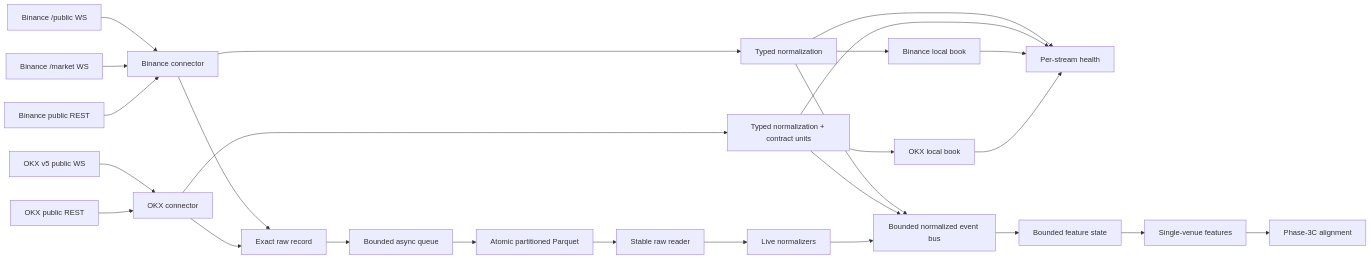
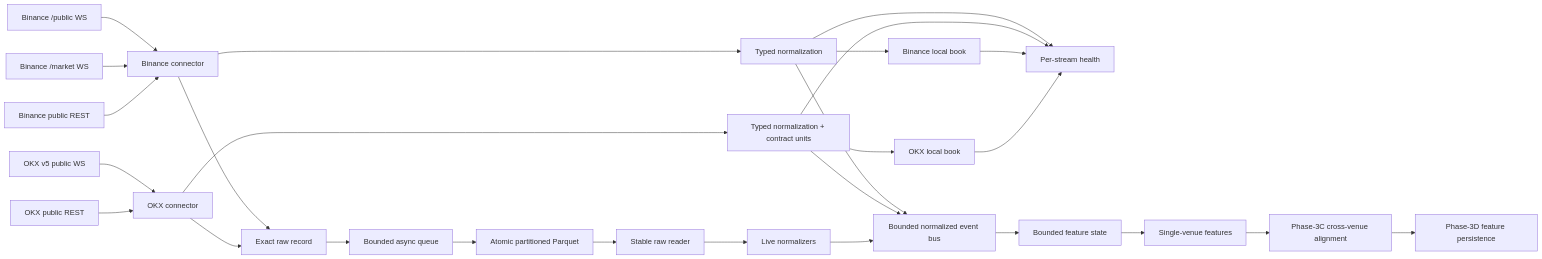
One commit to Gabrilekiwi/CVF-01 changed the diagram in docs/architecture.md. Above: the diagram before and after it, drawn with Mermaid. The commit also changed other lines of this file and 4 other files, not shown here.

Commit message:
docs: document phase 3c feature contract

````diff
--- a/docs/architecture.md
+++ b/docs/architecture.md
@@ -26,28 +28,29 @@
 ```mermaid
 flowchart LR
     BW["Binance /public WS"] --> BC["Binance connector"]
     BM["Binance /market WS"] --> BC
     BR["Binance public REST"] --> BC
     OW["OKX v5 public WS"] --> OC["OKX connector"]
     OR["OKX public REST"] --> OC
     BC --> RAW["Exact raw record"]
     OC --> RAW
     RAW --> Q["Bounded async queue"]
     Q --> PQ["Atomic partitioned Parquet"]
     BC --> BN["Typed normalization"]
     OC --> ON["Typed normalization + contract units"]
     BN --> BB["Binance local book"]
     ON --> OB["OKX local book"]
     BN --> H["Per-stream health"]
     ON --> H
     BB --> H
     OB --> H
     BN --> BUS["Bounded normalized event bus"]
     ON --> BUS
     BUS --> STATE["Bounded feature state"]
     STATE --> VF["Single-venue features"]
-    VF --> NEXT["Phase-3C alignment"]
+    VF --> XV["Phase-3C cross-venue alignment"]
+    XV --> NEXT["Phase-3D feature persistence"]
     PQ --> RR["Stable raw reader"]
     RR --> RN["Live normalizers"]
     RN --> BUS
 ```
````
